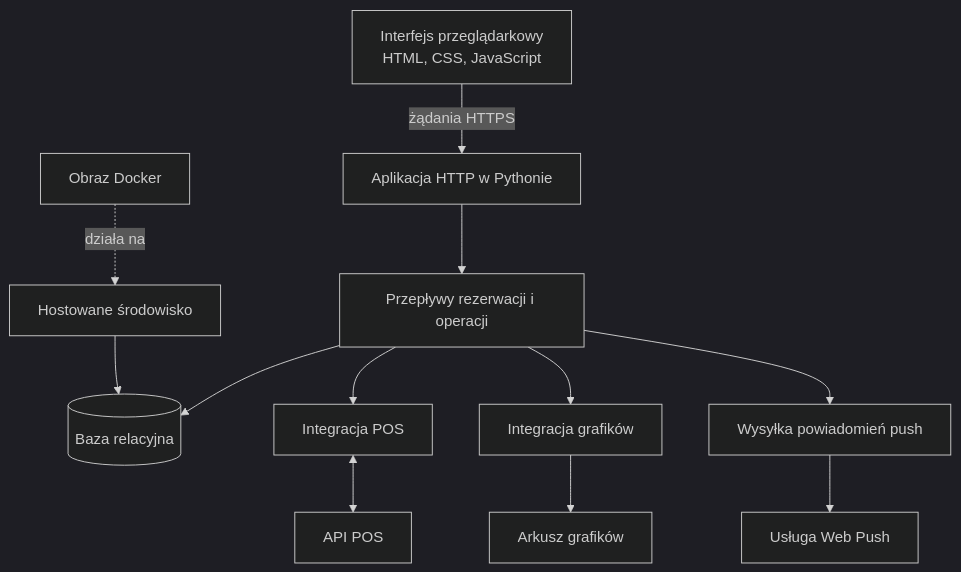
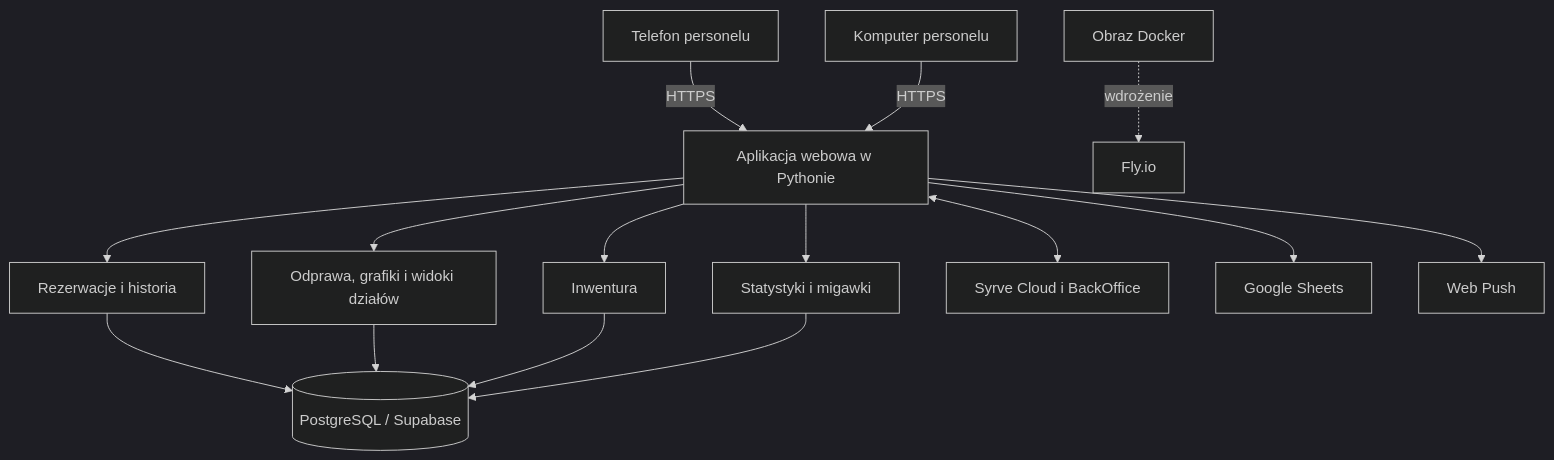
One commit to 221Studios/KidsOffice changed the first of 2 diagrams in docs/architecture.md. Above: the diagram before and after it, drawn with Mermaid (dark theme). The commit also changed other lines of this file and 4 other files, not shown here.

````diff
--- a/docs/architecture.md
+++ b/docs/architecture.md
@@ -7,14 +7,17 @@
 ```mermaid
 flowchart TB
-    Browser[Interfejs przeglądarkowy<br/>HTML, CSS, JavaScript] -->|żądania HTTPS| Web[Aplikacja HTTP w Pythonie]
-    Web --> Domain[Przepływy rezerwacji i operacji]
-    Domain --> DB[(Baza relacyjna)]
-    Domain --> POSAdapter[Integracja POS]
-    Domain --> ScheduleAdapter[Integracja grafików]
-    Domain --> Notifications[Wysyłka powiadomień push]
-    POSAdapter <--> POS[API POS]
-    ScheduleAdapter --> Sheet[Arkusz grafików]
-    Notifications --> PushSvc[Usługa Web Push]
-    Container[Obraz Docker] -. działa na .-> Runtime[Hostowane środowisko]
-    Runtime --> DB
+    Phone[Telefon personelu] -->|HTTPS| Web[Aplikacja webowa w Pythonie]
+    Desktop[Komputer personelu] -->|HTTPS| Web
+    Web --> Bookings[Rezerwacje i historia]
+    Web --> Ops[Odprawa, grafiki i widoki działów]
+    Web --> Stock[Inwentura]
+    Web --> Reports[Statystyki i migawki]
+    Bookings --> DB[(PostgreSQL / Supabase)]
+    Ops --> DB
+    Stock --> DB
+    Reports --> DB
+    Web <--> Syrve[Syrve Cloud i BackOffice]
+    Web --> Sheets[Google Sheets]
+    Web --> Push[Web Push]
+    Docker[Obraz Docker] -. wdrożenie .-> Fly[Fly.io]
 ```
````
